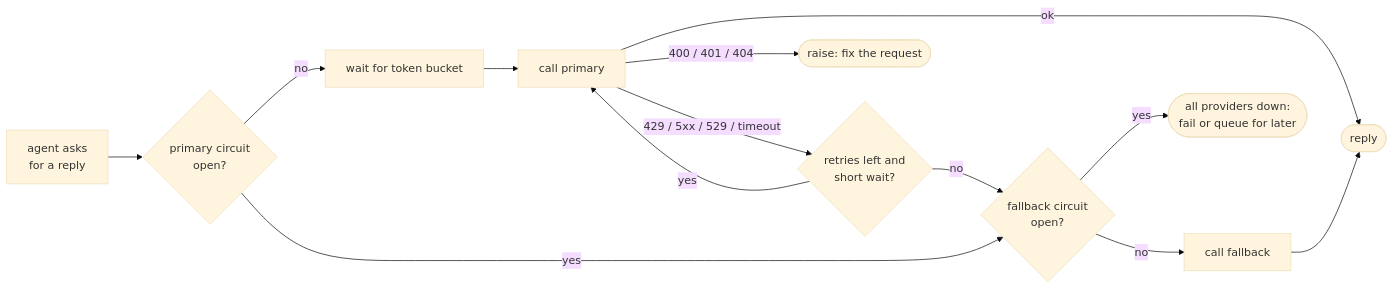
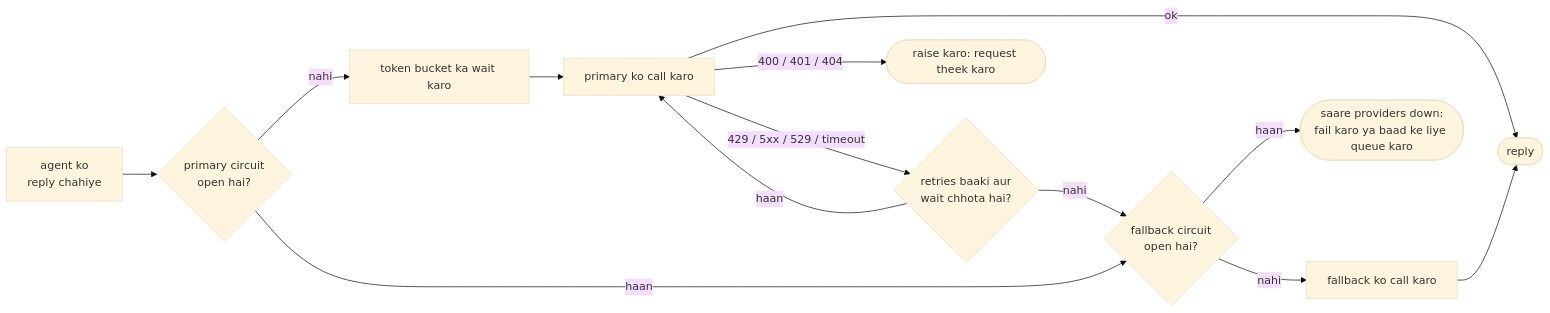
Before and after one commit to asmustechno/agentic-ai-notes: the first of 2 diagrams in docs/15-production-and-deployment/15.5-rate-limits-and-fallbacks.md, drawn with Mermaid (base theme). The commit also changed other lines of this file and 135 other files, not shown here.

````diff
--- a/docs/15-production-and-deployment/15.5-rate-limits-and-fallbacks.md
+++ b/docs/15-production-and-deployment/15.5-rate-limits-and-fallbacks.md
@@ -38,13 +38,13 @@
 ```mermaid
 flowchart LR
-    R["agent asks<br/>for a reply"] --> B1{"primary circuit<br/>open?"}
-    B1 -- no --> TB["wait for token bucket"] --> C1["call primary"]
+    R["agent ko<br/>reply chahiye"] --> B1{"primary circuit<br/>open hai?"}
+    B1 -- nahi --> TB["token bucket ka wait karo"] --> C1["primary ko call karo"]
     C1 -- ok --> OK(["reply"])
-    C1 -- "429 / 5xx / 529 / timeout" --> W{"retries left and<br/>short wait?"}
-    W -- yes --> C1
-    W -- no --> B2
-    C1 -- "400 / 401 / 404" --> E(["raise: fix the request"])
-    B1 -- yes --> B2{"fallback circuit<br/>open?"}
-    B2 -- no --> C2["call fallback"] --> OK
-    B2 -- yes --> X(["all providers down:<br/>fail or queue for later"])
+    C1 -- "429 / 5xx / 529 / timeout" --> W{"retries baaki aur<br/>wait chhota hai?"}
+    W -- haan --> C1
+    W -- nahi --> B2
+    C1 -- "400 / 401 / 404" --> E(["raise karo: request theek karo"])
+    B1 -- haan --> B2{"fallback circuit<br/>open hai?"}
+    B2 -- nahi --> C2["fallback ko call karo"] --> OK
+    B2 -- haan --> X(["saare providers down:<br/>fail karo ya baad ke liye queue karo"])
 ```
````
